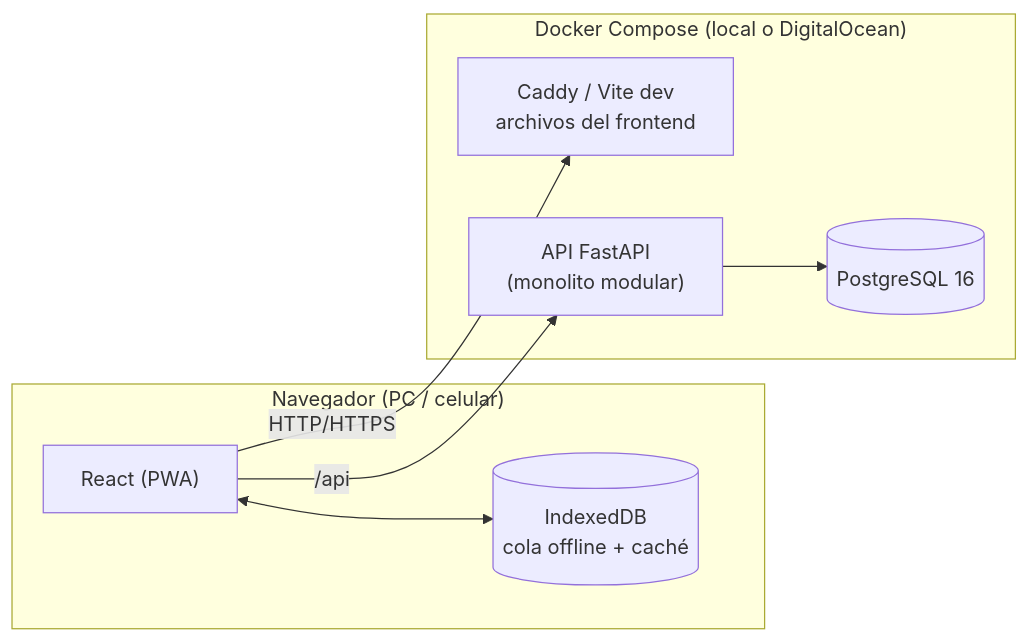
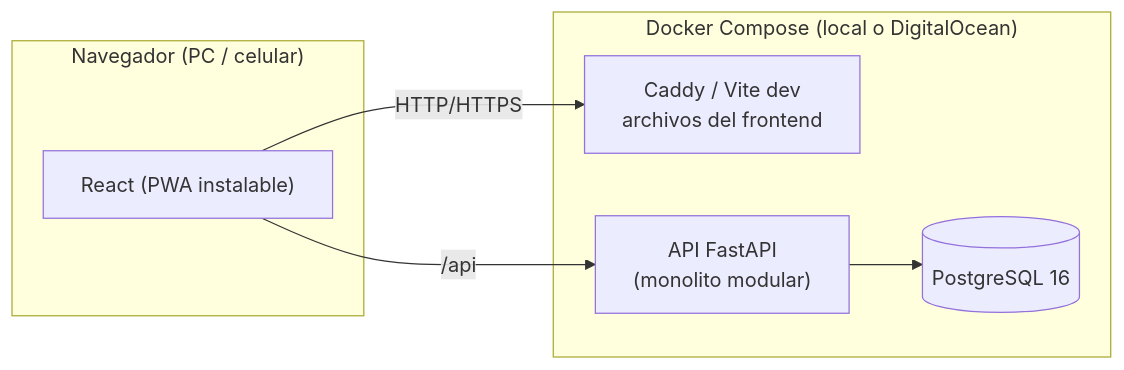
The first of 3 diagrams in docs/03-Arquitectura/Arquitectura-general.md (ComesBernacheaJeremias/SGI-Agro), drawn with Mermaid before and after one commit. The commit also changed 122 other files, not shown here.

````diff
--- a/docs/03-Arquitectura/Arquitectura-general.md
+++ b/docs/03-Arquitectura/Arquitectura-general.md
@@ -12,16 +12,14 @@
 ```mermaid
 flowchart LR
     subgraph Navegador["Navegador (PC / celular)"]
-        SPA["React (PWA)"]
-        IDB[("IndexedDB\ncola offline + caché")]
-        SPA <--> IDB
+        SPA["React (PWA instalable)"]
     end
     subgraph Servidor["Docker Compose (local o DigitalOcean)"]
         WEB["Caddy / Vite dev\narchivos del frontend"]
         API["API FastAPI\n(monolito modular)"]
         DB[("PostgreSQL 16")]
         API --> DB
     end
     SPA -->|HTTP/HTTPS| WEB
     SPA -->|/api| API
 ```
````
